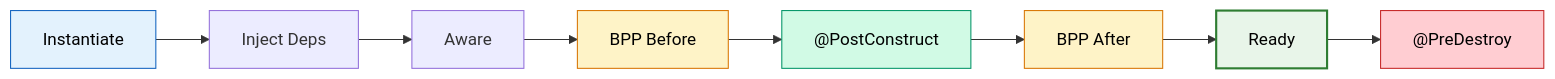
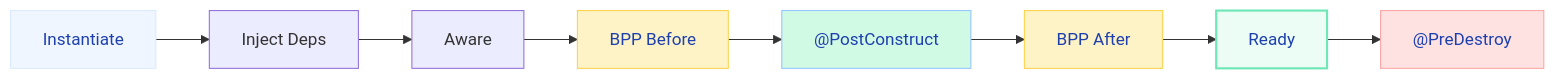
The first of 2 diagrams in docs/springboot/bean-lifecycle.md (saivamsikaruturi/vamsilabs-dev-notes-main), drawn with Mermaid before and after one commit. The commit also changed other lines of this file and 220 other files, not shown here.

First line of the commit message:
Add 50+ new Java/Spring Boot pages, rewrite CSS code blocks to Oracle style, fix all diagram colors

````diff
--- a/docs/springboot/bean-lifecycle.md
+++ b/docs/springboot/bean-lifecycle.md
@@ -5,17 +5,17 @@
 ```mermaid
 flowchart LR
     I["Instantiate"] --> P["Inject Deps"]
     P --> A["Aware"]
     A --> B1["BPP Before"]
     B1 --> PC["@PostConstruct"]
     PC --> B2["BPP After"]
     B2 --> R["Ready"]
     R --> PD["@PreDestroy"]
 
-    style I fill:#E3F2FD,stroke:#1565C0,color:#000
-    style PC fill:#D1FAE5,stroke:#059669,color:#000
-    style B1 fill:#FEF3C7,stroke:#D97706,color:#000
-    style B2 fill:#FEF3C7,stroke:#D97706,color:#000
-    style R fill:#E8F5E9,stroke:#2E7D32,stroke-width:2px,color:#000
-    style PD fill:#FFCDD2,stroke:#C62828,color:#000
+    style I fill:#EFF6FF,stroke:#DBEAFE,color:#1E40AF
+    style PC fill:#D1FAE5,stroke:#93C5FD,color:#1E40AF
+    style B1 fill:#FEF3C7,stroke:#FCD34D,color:#1E40AF
+    style B2 fill:#FEF3C7,stroke:#FCD34D,color:#1E40AF
+    style R fill:#ECFDF5,stroke:#6EE7B7,stroke-width:2px,color:#1E40AF
+    style PD fill:#FEE2E2,stroke:#FCA5A5,color:#1E40AF
 ```
````
